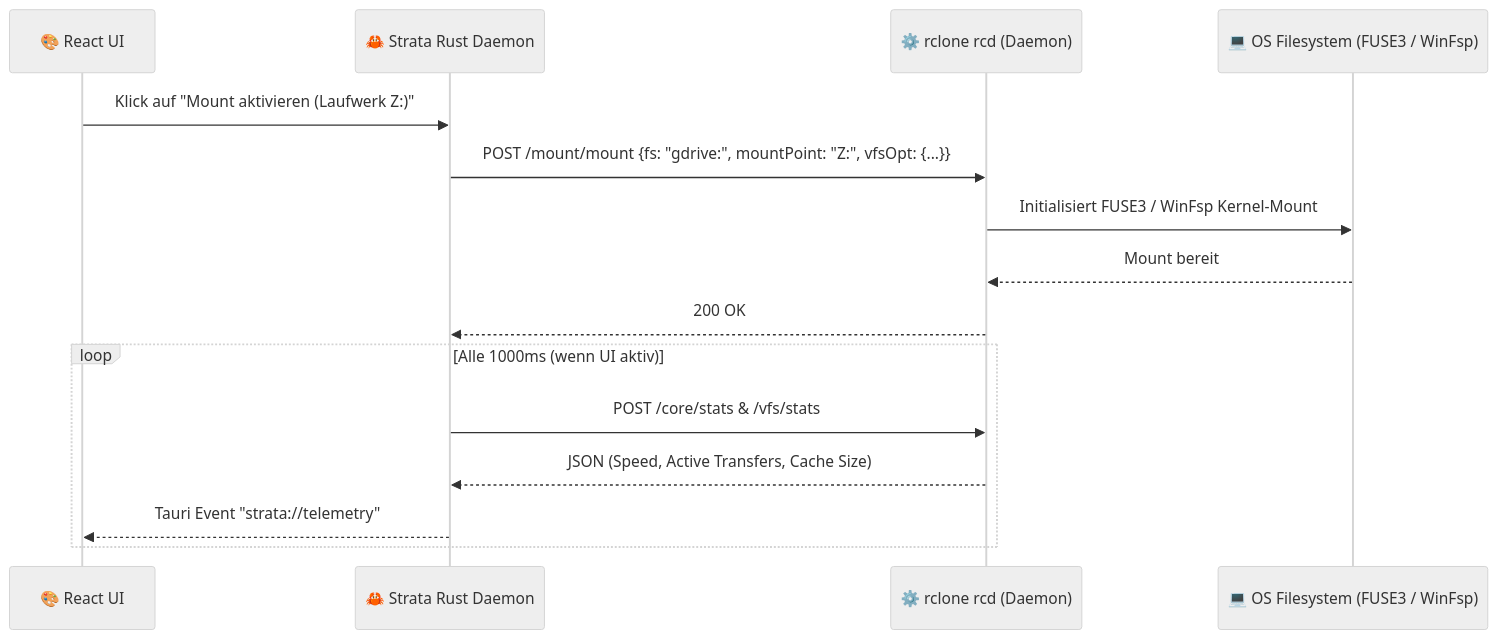
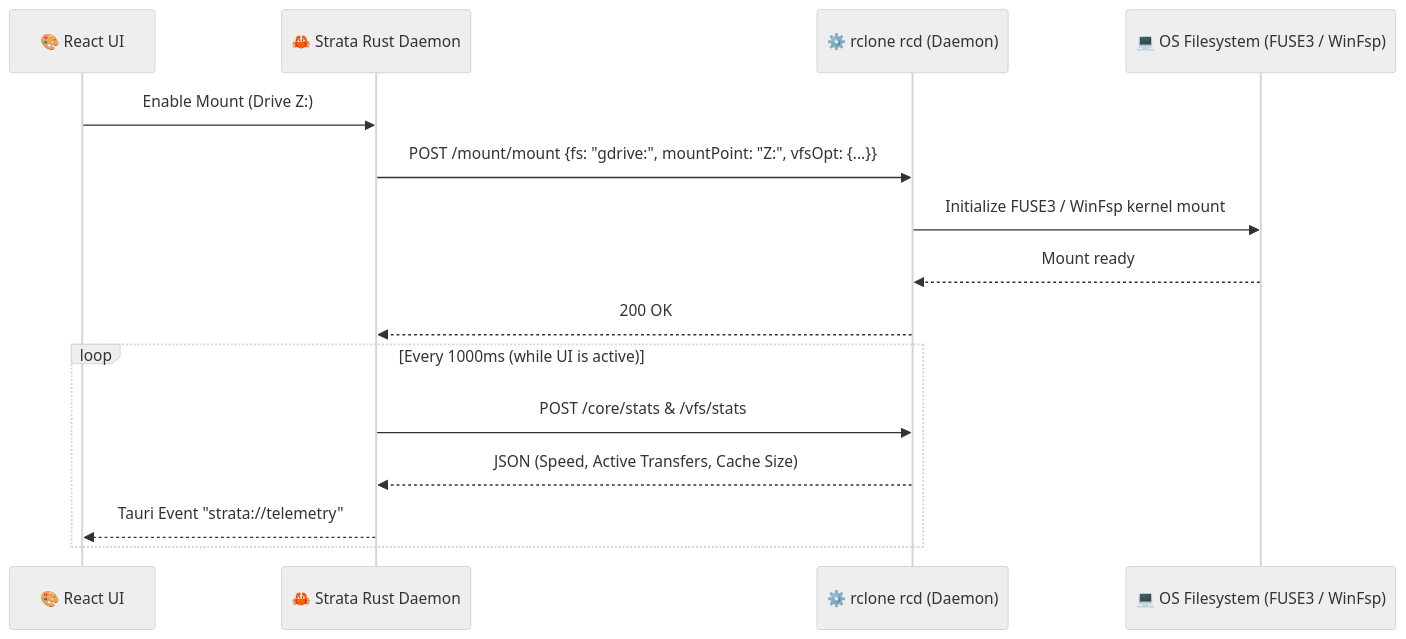
One commit to SolidStateNetwork/Strata changed the diagram in architecture/02-rclone-engine-and-vfs-architecture.md. Above: the diagram before and after it, drawn with Mermaid (neutral theme). The commit also changed other lines of this file and 28 other files, not shown here.

````diff
--- a/architecture/02-rclone-engine-and-vfs-architecture.md
+++ b/architecture/02-rclone-engine-and-vfs-architecture.md
@@ -13,18 +13,18 @@
 ```mermaid
 sequenceDiagram
     participant UI as 🎨 React UI
     participant Rust as 🦀 Strata Rust Daemon
     participant RCD as ⚙️ rclone rcd (Daemon)
     participant OS as 💻 OS Filesystem (FUSE3 / WinFsp)
 
-    UI->>Rust: Klick auf "Mount aktivieren (Laufwerk Z:)"
+    UI->>Rust: Enable Mount (Drive Z:)
     Rust->>RCD: POST /mount/mount {fs: "gdrive:", mountPoint: "Z:", vfsOpt: {...}}
-    RCD->>OS: Initialisiert FUSE3 / WinFsp Kernel-Mount
-    OS-->>RCD: Mount bereit
+    RCD->>OS: Initialize FUSE3 / WinFsp kernel mount
+    OS-->>RCD: Mount ready
     RCD-->>Rust: 200 OK
-    loop Alle 1000ms (wenn UI aktiv)
+    loop Every 1000ms (while UI is active)
         Rust->>RCD: POST /core/stats & /vfs/stats
         RCD-->>Rust: JSON (Speed, Active Transfers, Cache Size)
         Rust-->>UI: Tauri Event "strata://telemetry"
     end
 ```
````
